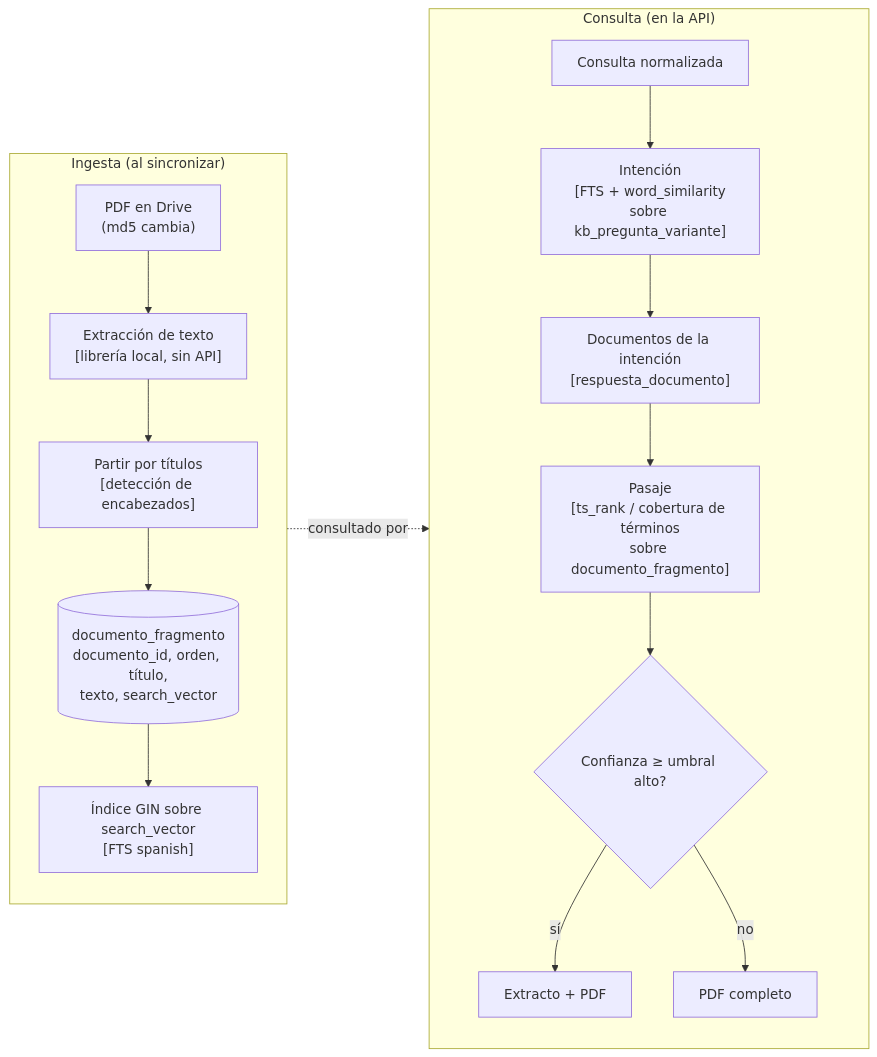
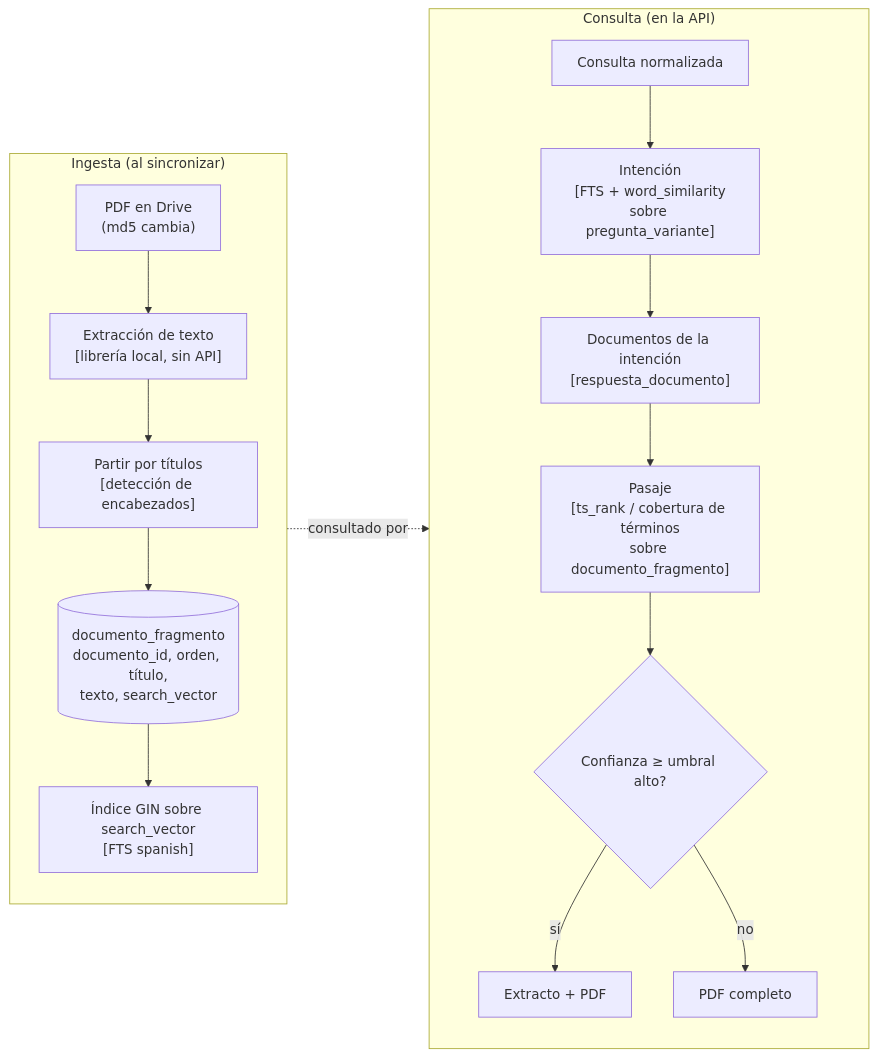
One commit to syntax-software-studio/chatbot-ifts29 changed the second of 2 diagrams in docs/desarrollo-e-integracion/08-extractos-de-documentos.md. Above: the diagram before and after it, drawn with Mermaid. The commit also changed other lines of this file and 17 other files, not shown here.

````diff
--- a/docs/desarrollo-e-integracion/08-extractos-de-documentos.md
+++ b/docs/desarrollo-e-integracion/08-extractos-de-documentos.md
@@ -49,22 +49,22 @@
 ```mermaid
 flowchart LR
     subgraph ING["Ingesta (al sincronizar)"]
         direction TB
         P1["PDF en Drive<br/>(md5 cambia)"] --> P2["Extracción de texto<br/>[librería local, sin API]"]
         P2 --> P3["Partir por títulos<br/>[detección de encabezados]"]
         P3 --> P4[("documento_fragmento<br/>documento_id, orden, título,<br/>texto, search_vector")]
         P4 --> P5["Índice GIN sobre search_vector<br/>[FTS spanish]"]
     end
 
     subgraph QRY["Consulta (en la API)"]
         direction TB
-        Q1["Consulta normalizada"] --> Q2["Intención<br/>[FTS + word_similarity<br/>sobre kb_pregunta_variante]"]
+        Q1["Consulta normalizada"] --> Q2["Intención<br/>[FTS + word_similarity<br/>sobre pregunta_variante]"]
         Q2 --> Q3["Documentos de la intención<br/>[respuesta_documento]"]
         Q3 --> Q4["Pasaje<br/>[ts_rank / cobertura de términos<br/>sobre documento_fragmento]"]
         Q4 --> Q5{"Confianza ≥ umbral alto?"}
         Q5 -- "sí" --> Q6["Extracto + PDF"]
         Q5 -- "no" --> Q7["PDF completo"]
     end
 
     P4 -. "consultado por" .-> Q4
 ```
````
